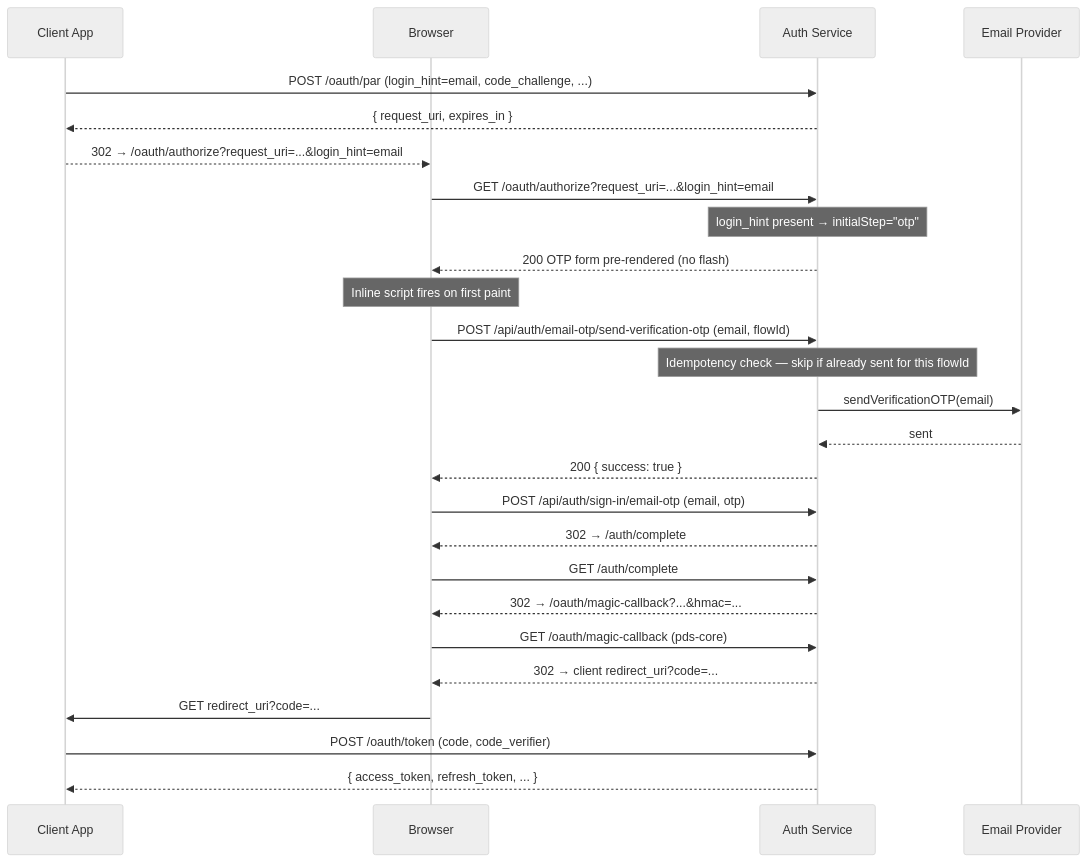
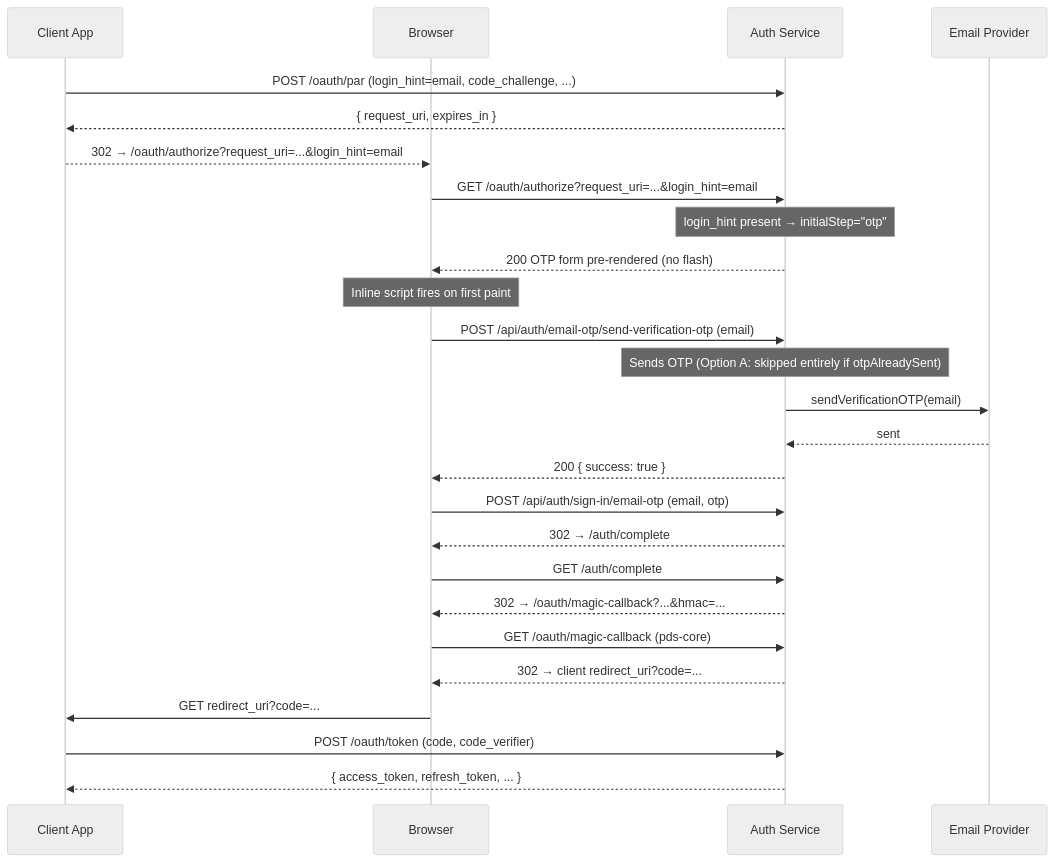
The third of 3 diagrams in docs/design/otp-send-client-vs-server.md (aspiers/ePDS), drawn with Mermaid (neutral theme) before and after one commit. The commit also changed other lines of this file and 4 other files, not shown here.

````diff
--- a/docs/design/otp-send-client-vs-server.md
+++ b/docs/design/otp-send-client-vs-server.md
@@ -206,32 +209,32 @@
 ```mermaid
 sequenceDiagram
     participant App as Client App
     participant Browser
     participant Auth as Auth Service
     participant Email as Email Provider
 
     App->>Auth: POST /oauth/par (login_hint=email, code_challenge, ...)
     Auth-->>App: { request_uri, expires_in }
     App-->>Browser: 302 → /oauth/authorize?request_uri=...&login_hint=email
 
     Browser->>Auth: GET /oauth/authorize?request_uri=...&login_hint=email
     Note over Auth: login_hint present → initialStep="otp"
     Auth-->>Browser: 200 OTP form pre-rendered (no flash)
 
     Note over Browser: Inline script fires on first paint
-    Browser->>Auth: POST /api/auth/email-otp/send-verification-otp (email, flowId)
-    Note over Auth: Idempotency check — skip if already sent for this flowId
+    Browser->>Auth: POST /api/auth/email-otp/send-verification-otp (email)
+    Note over Auth: Sends OTP (Option A: skipped entirely if otpAlreadySent)
     Auth->>Email: sendVerificationOTP(email)
     Email-->>Auth: sent
     Auth-->>Browser: 200 { success: true }
 
     Browser->>Auth: POST /api/auth/sign-in/email-otp (email, otp)
     Auth-->>Browser: 302 → /auth/complete
     Browser->>Auth: GET /auth/complete
     Auth-->>Browser: 302 → /oauth/magic-callback?...&hmac=...
     Browser->>Auth: GET /oauth/magic-callback (pds-core)
     Auth-->>Browser: 302 → client redirect_uri?code=...
     Browser->>App: GET redirect_uri?code=...
     App->>Auth: POST /oauth/token (code, code_verifier)
     Auth-->>App: { access_token, refresh_token, ... }
 ```
````
